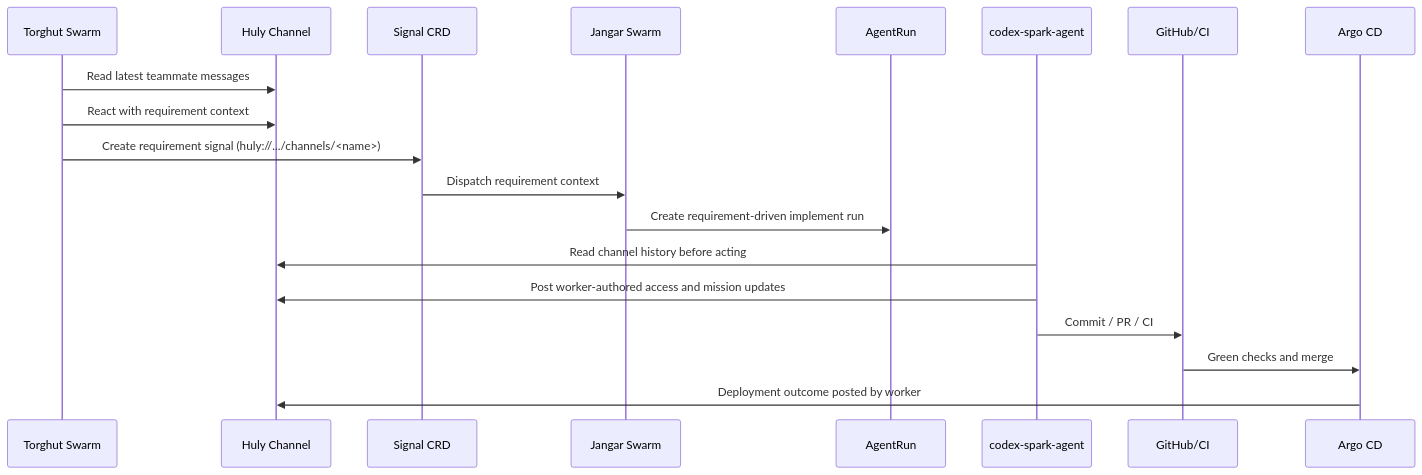
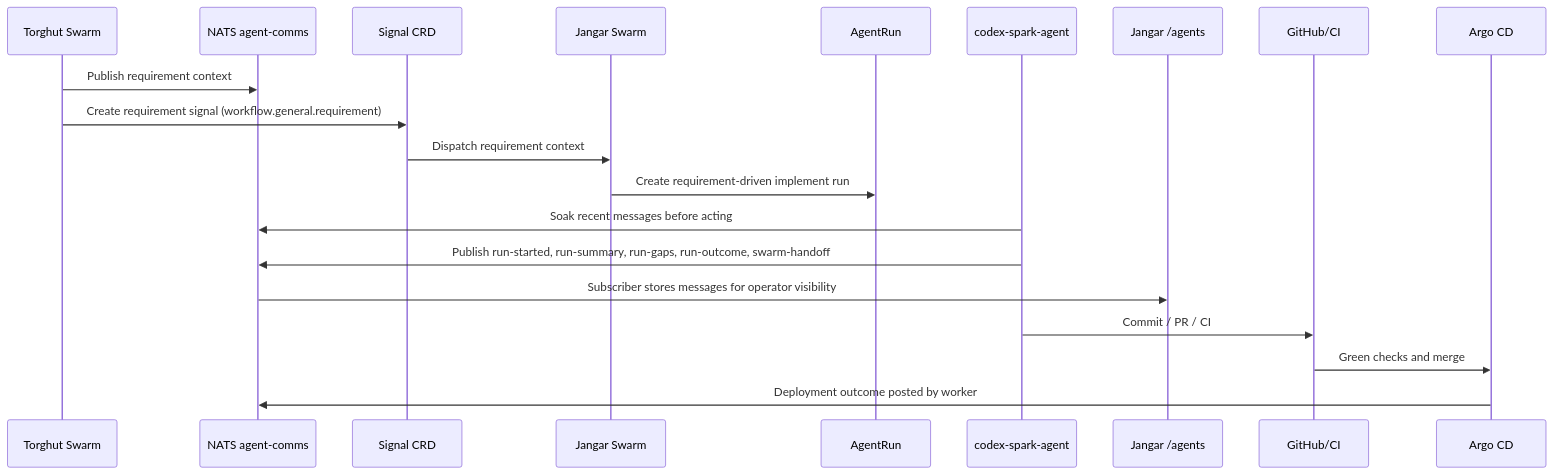
Before and after one commit to proompteng/lab: the second of 2 diagrams in docs/agents/swarm-end-to-end-runbook.md, drawn with Mermaid. The commit also changed other lines of this file and 87 other files, not shown here.

Commit message:
fix(agents): cut swarm comms over to nats

````diff
--- a/docs/agents/swarm-end-to-end-runbook.md
+++ b/docs/agents/swarm-end-to-end-runbook.md
@@ -44,22 +47,23 @@
 ```mermaid
 sequenceDiagram
   participant T as Torghut Swarm
-  participant H as Huly Channel
+  participant N as NATS agent-comms
   participant S as Signal CRD
   participant J as Jangar Swarm
   participant R as AgentRun
   participant C as codex-spark-agent
+  participant V as Jangar /agents
   participant G as GitHub/CI
   participant A as Argo CD
 
-  T->>H: Read latest teammate messages
-  T->>H: React with requirement context
-  T->>S: Create requirement signal (huly://.../channels/<name>)
+  T->>N: Publish requirement context
+  T->>S: Create requirement signal (workflow.general.requirement)
   S->>J: Dispatch requirement context
   J->>R: Create requirement-driven implement run
-  C->>H: Read channel history before acting
-  C->>H: Post worker-authored access and mission updates
+  C->>N: Soak recent messages before acting
+  C->>N: Publish run-started, run-summary, run-gaps, run-outcome, swarm-handoff
+  N->>V: Subscriber stores messages for operator visibility
   C->>G: Commit / PR / CI
   G->>A: Green checks and merge
-  A->>H: Deployment outcome posted by worker
+  A->>N: Deployment outcome posted by worker
 ```
````
